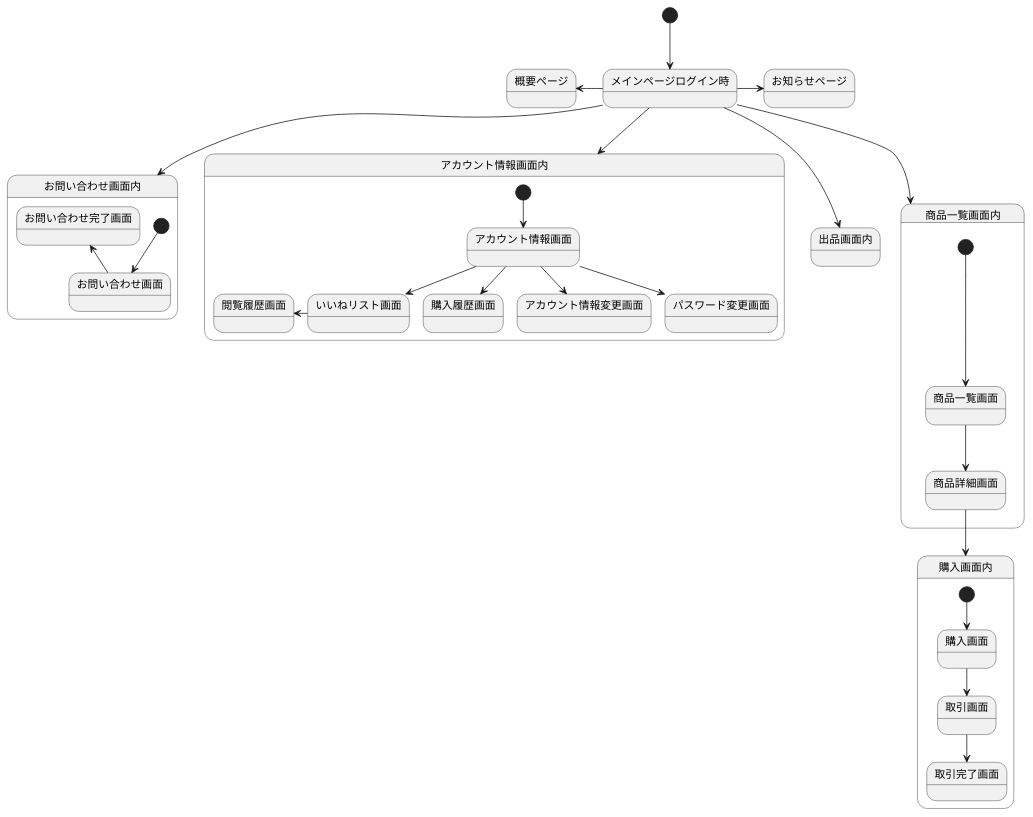
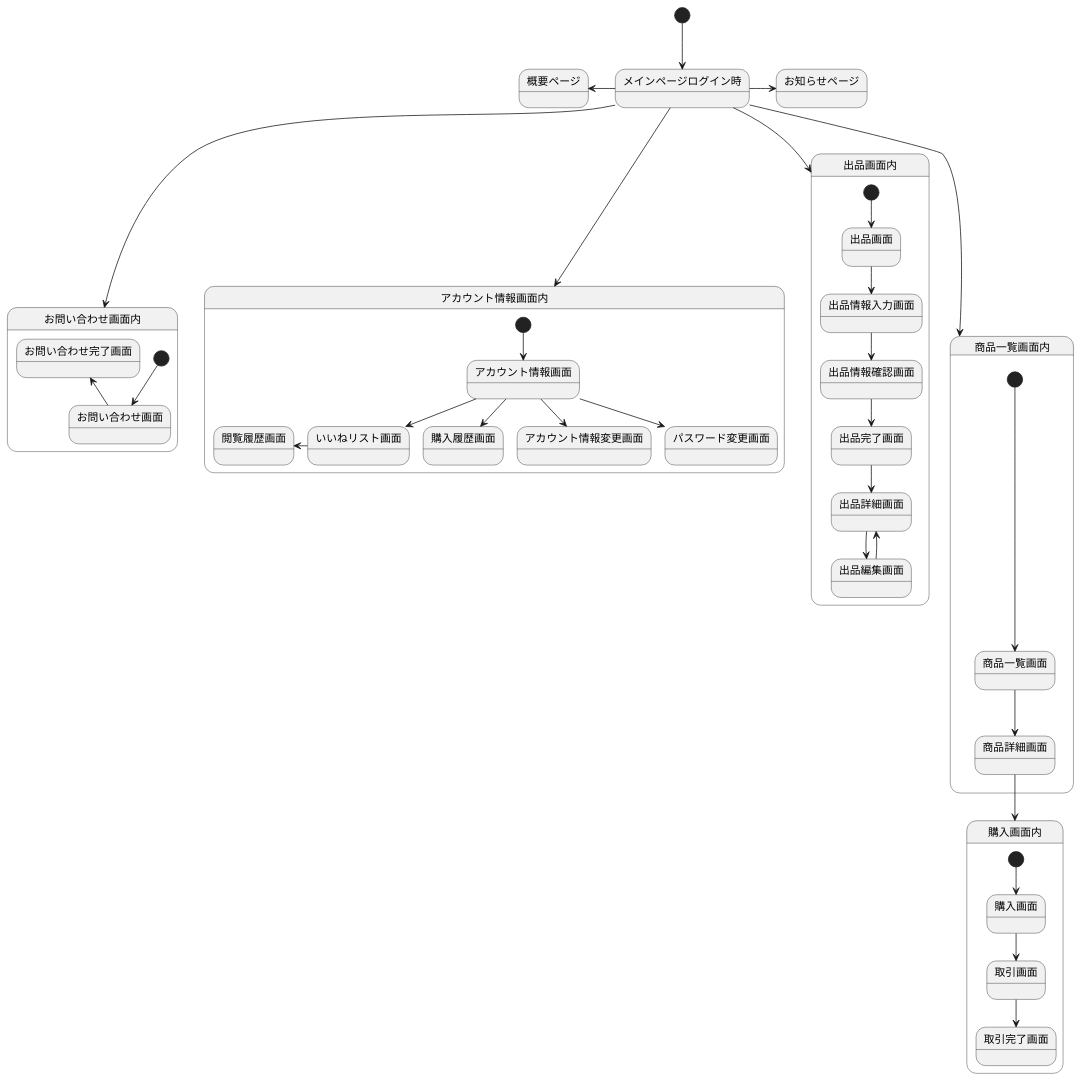
Before and after one commit to Aso2001147/2021SystemDesign: the diagram in 画面遷移図ログイン.md, drawn with PlantUML.

````diff
--- a/画面遷移図ログイン.md
+++ b/画面遷移図ログイン.md
@@ -1,40 +1,50 @@
 ```uml
 @startuml
 
 [*] --> メインページログイン時
 メインページログイン時 -left-> 概要ページ
 メインページログイン時 -right-> お知らせページ
 メインページログイン時 --> お問い合わせ画面内
 メインページログイン時 --> アカウント情報画面内
 メインページログイン時 --> 商品一覧画面内
 メインページログイン時 --> 出品画面内
 
 state お問い合わせ画面内{
 [*] -down-> お問い合わせ画面
 お問い合わせ画面 -up-> お問い合わせ完了画面
 }
 
 state アカウント情報画面内{
 [*] --> アカウント情報画面
 アカウント情報画面 -down-> いいねリスト画面
 いいねリスト画面 -left-> 閲覧履歴画面
 アカウント情報画面 -down-> 購入履歴画面
 アカウント情報画面 -down-> アカウント情報変更画面
 アカウント情報画面 -down-> パスワード変更画面
 }
 
 state 商品一覧画面内{
 [*] -down-> 商品一覧画面
 商品一覧画面 -down-> 商品詳細画面
 }
 
 商品詳細画面 --> 購入画面内
 
 state 購入画面内{
 [*] --> 購入画面
 購入画面 --> 取引画面
 取引画面 --> 取引完了画面
 }
 
+state 出品画面内{
+[*] --> 出品画面
+出品画面 --> 出品情報入力画面
+出品情報入力画面 --> 出品情報確認画面
+出品情報確認画面 --> 出品完了画面
+出品完了画面 --> 出品詳細画面
+出品詳細画面 --> 出品編集画面
+出品編集画面 --> 出品詳細画面
+}
+
 @enduml
 ```
````
